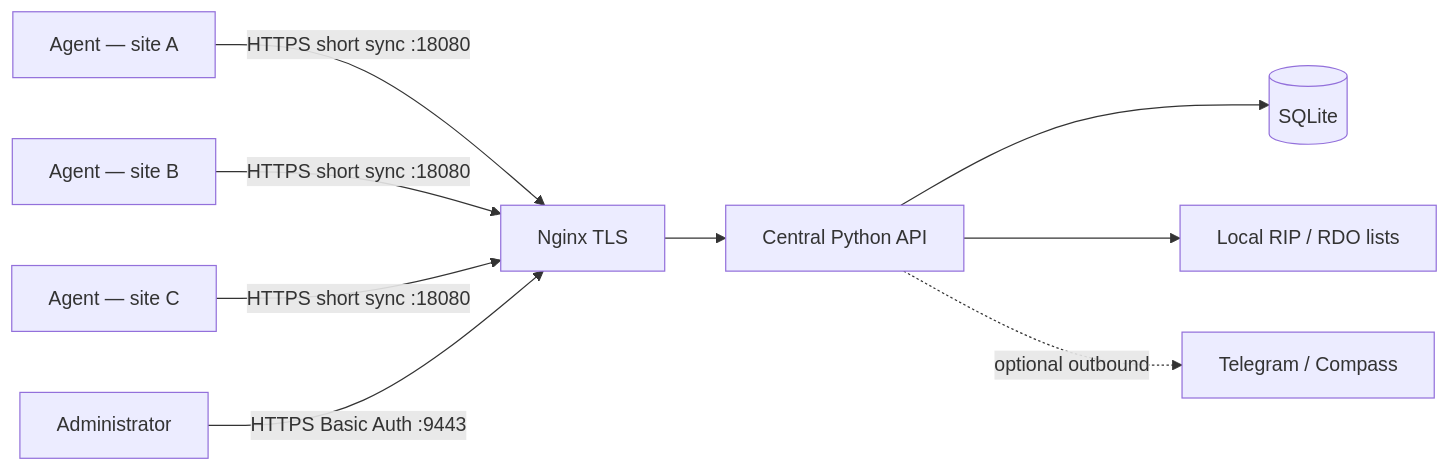
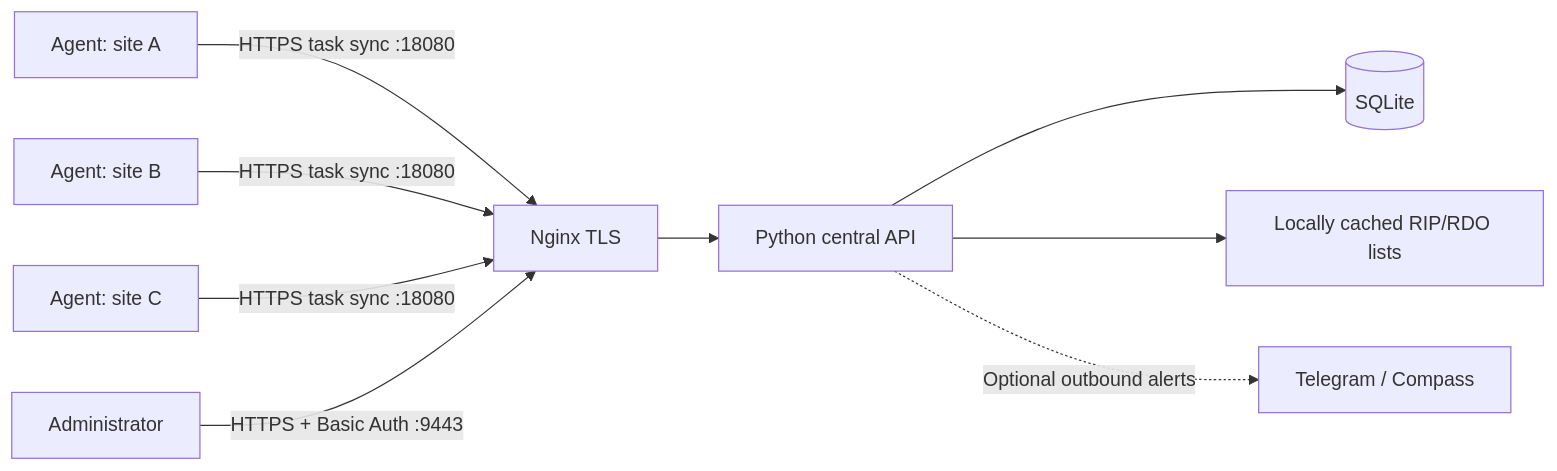
Before and after one commit to iskyneon/kvnradar: the diagram in README.md, drawn with Mermaid. The commit also changed other lines of this file, not shown here.

````diff
--- a/README.md
+++ b/README.md
@@ -51,11 +55,11 @@
 ```mermaid
 flowchart LR
-  A1[Agent — site A] -->|HTTPS short sync :18080| N[Nginx TLS]
-  A2[Agent — site B] -->|HTTPS short sync :18080| N
-  A3[Agent — site C] -->|HTTPS short sync :18080| N
-  Browser[Administrator] -->|HTTPS Basic Auth :9443| N
-  N --> C[Central Python API]
+  A1[Agent: site A] -->|HTTPS task sync :18080| N[Nginx TLS]
+  A2[Agent: site B] -->|HTTPS task sync :18080| N
+  A3[Agent: site C] -->|HTTPS task sync :18080| N
+  Browser[Administrator] -->|HTTPS + Basic Auth :9443| N
+  N --> C[Python central API]
   C --> DB[(SQLite)]
-  C --> BL[Local RIP / RDO lists]
-  C -.->|optional outbound| TG[Telegram / Compass]
+  C --> BL[Locally cached RIP/RDO lists]
+  C -.->|Optional outbound alerts| TG[Telegram / Compass]
 ```
````
